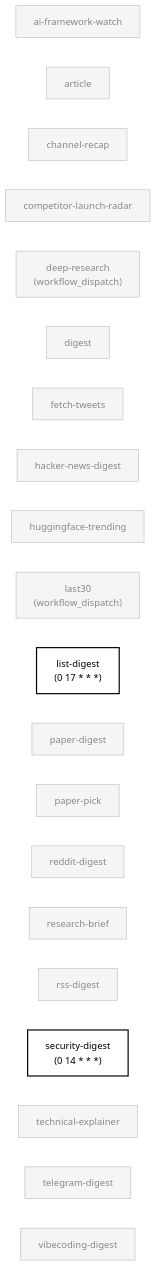
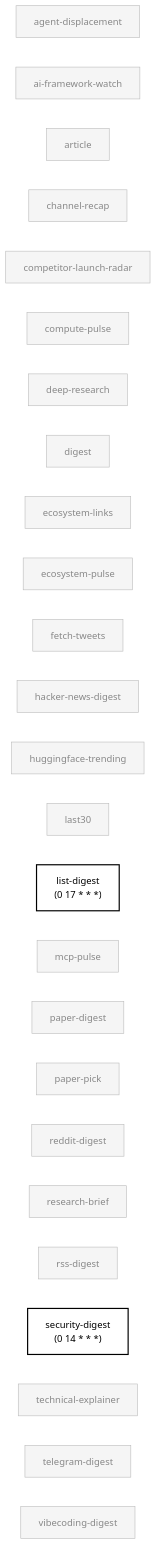
Before and after one commit to anajuliabit/aeon: the sixth of 7 diagrams in docs/skill-graph.md, drawn with Mermaid. The commit also changed other lines of this file and 1 other file, not shown here.

First line of the commit message:
docs(skill-graph): regenerate map (+68 skills · 4→5 depends_on · 9→21 shared-state)

````diff
--- a/docs/skill-graph.md
+++ b/docs/skill-graph.md
@@ -380,66 +583,81 @@
 ```mermaid
 flowchart LR
+  agent_displacement["agent-displacement"]
   ai_framework_watch["ai-framework-watch"]
   article["article"]
   channel_recap["channel-recap"]
   competitor_launch_radar["competitor-launch-radar"]
-  deep_research["deep-research<br/>(workflow_dispatch)"]
+  compute_pulse["compute-pulse"]
+  deep_research["deep-research"]
   digest["digest"]
+  ecosystem_links["ecosystem-links"]
+  ecosystem_pulse["ecosystem-pulse"]
   fetch_tweets["fetch-tweets"]
   hacker_news_digest["hacker-news-digest"]
   huggingface_trending["huggingface-trending"]
-  last30["last30<br/>(workflow_dispatch)"]
+  last30["last30"]
   list_digest["list-digest<br/>(0 17 * * *)"]
+  mcp_pulse["mcp-pulse"]
   paper_digest["paper-digest"]
   paper_pick["paper-pick"]
   reddit_digest["reddit-digest"]
   research_brief["research-brief"]
   rss_digest["rss-digest"]
   security_digest["security-digest<br/>(0 14 * * *)"]
   technical_explainer["technical-explainer"]
   telegram_digest["telegram-digest"]
   vibecoding_digest["vibecoding-digest"]
+  class agent_displacement disabled
+  click agent_displacement "../skills/agent-displacement/SKILL.md"
   class ai_framework_watch disabled
   click ai_framework_watch "../skills/ai-framework-watch/SKILL.md"
   class article disabled
   click article "../skills/article/SKILL.md"
   class channel_recap disabled
   click channel_recap "../skills/channel-recap/SKILL.md"
   class competitor_launch_radar disabled
   click competitor_launch_radar "../skills/competitor-launch-radar/SKILL.md"
+  class compute_pulse disabled
+  click compute_pulse "../skills/compute-pulse/SKILL.md"
   class deep_research disabled
   click deep_research "../skills/deep-research/SKILL.md"
   class digest disabled
   click digest "../skills/digest/SKILL.md"
+  class ecosystem_links disabled
+  click ecosystem_links "../skills/ecosystem-links/SKILL.md"
+  class ecosystem_pulse disabled
+  click ecosystem_pulse "../skills/ecosystem-pulse/SKILL.md"
   class fetch_tweets disabled
   click fetch_tweets "../skills/fetch-tweets/SKILL.md"
   class hacker_news_digest disabled
   click hacker_news_digest "../skills/hacker-news-digest/SKILL.md"
   class huggingface_trending disabled
   click huggingface_trending "../skills/huggingface-trending/SKILL.md"
   class last30 disabled
   click last30 "../skills/last30/SKILL.md"
   class list_digest enabled
   click list_digest "../skills/list-digest/SKILL.md"
+  class mcp_pulse disabled
+  click mcp_pulse "../skills/mcp-pulse/SKILL.md"
   class paper_digest disabled
   click paper_digest "../skills/paper-digest/SKILL.md"
   class paper_pick disabled
   click paper_pick "../skills/paper-pick/SKILL.md"
   class reddit_digest disabled
   click reddit_digest "../skills/reddit-digest/SKILL.md"
   class research_brief disabled
   click research_brief "../skills/research-brief/SKILL.md"
   class rss_digest disabled
   click rss_digest "../skills/rss-digest/SKILL.md"
   class security_digest enabled
   click security_digest "../skills/security-digest/SKILL.md"
   class technical_explainer disabled
   click technical_explainer "../skills/technical-explainer/SKILL.md"
   class telegram_digest disabled
   click telegram_digest "../skills/telegram-digest/SKILL.md"
   class vibecoding_digest disabled
   click vibecoding_digest "../skills/vibecoding-digest/SKILL.md"
   classDef enabled fill:#fff,stroke:#000,stroke-width:2px,color:#000
   classDef disabled fill:#f5f5f5,stroke:#bbb,color:#888
   classDef external fill:none,stroke:#bbb,stroke-dasharray:3 3,color:#888
 ```
````
